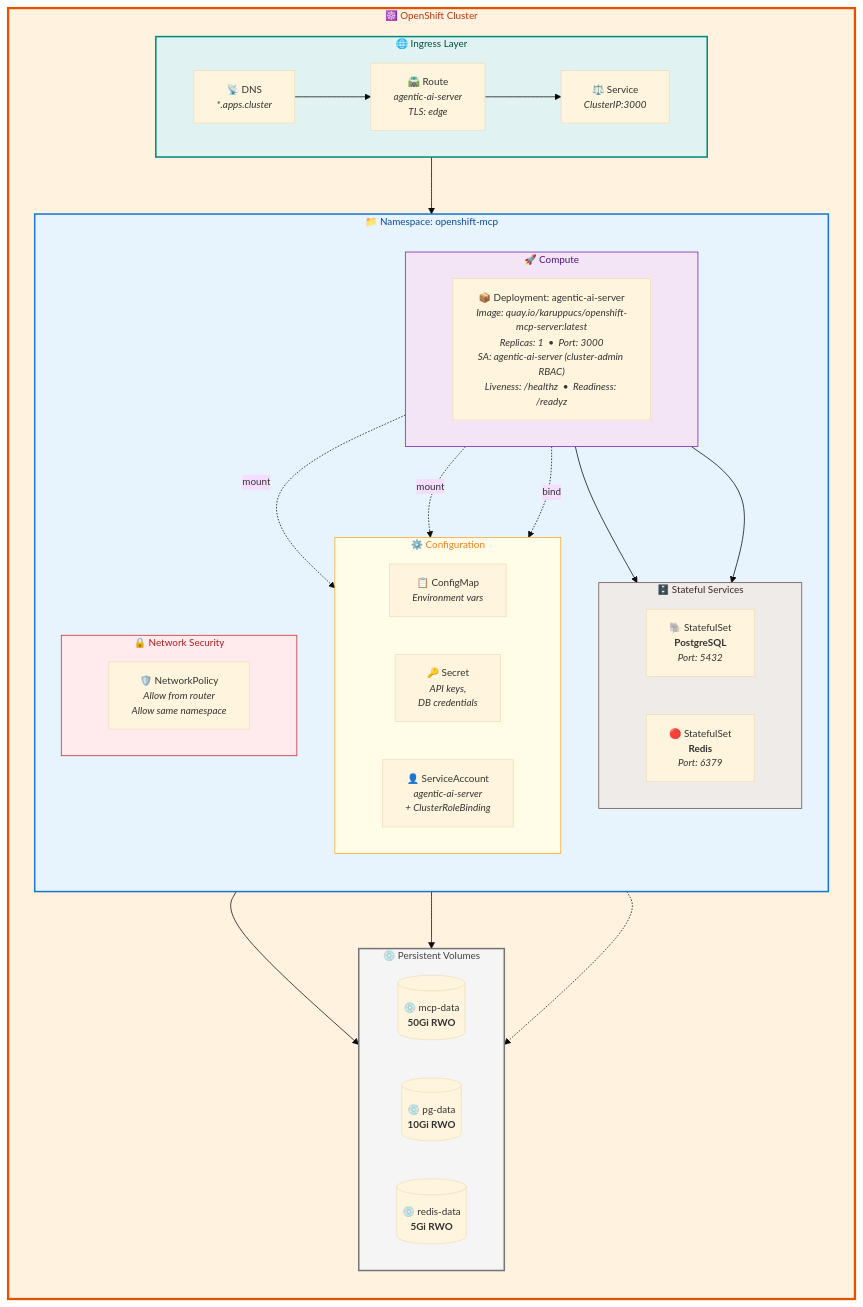
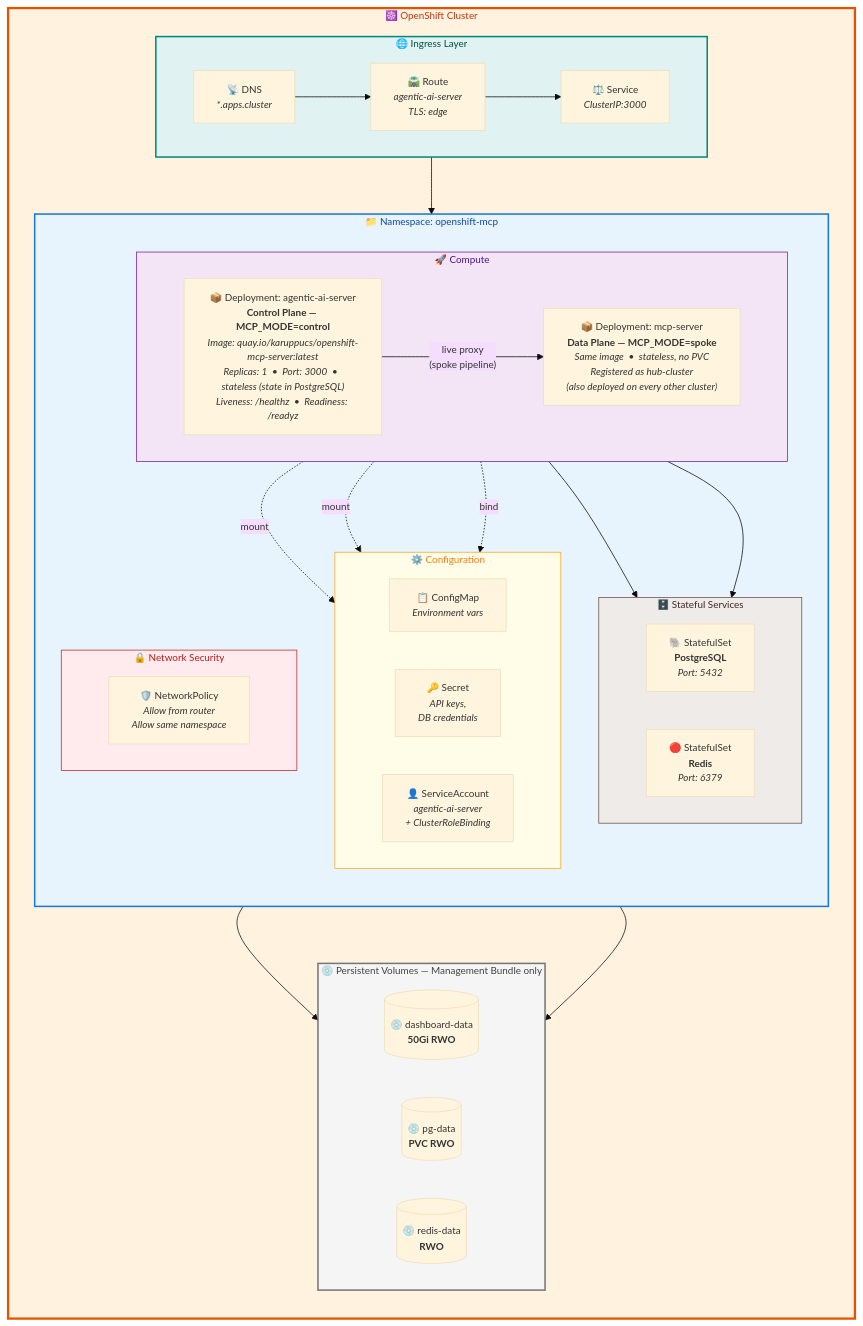
One commit to cskaruppu/Openshift-mcp-server changed the third of 4 diagrams in docs/architecture.md. Above: the diagram before and after it, drawn with Mermaid. The commit also changed other lines of this file and 1 other file, not shown here.

First line of the commit message:
docs: update README + architecture reference for two-plane stateless design

````diff
--- a/docs/architecture.md
+++ b/docs/architecture.md
@@ -168,68 +228,69 @@
 ```mermaid
 %%{init: {'theme': 'base', 'themeVariables': { 'fontSize': '13px' }}}%%
 
 flowchart TB
     subgraph OCPCLUSTER["☸️ OpenShift Cluster"]
         direction TB
 
         subgraph INGRESS["🌐 Ingress Layer"]
             direction LR
             DNS["📡 DNS<br/><i>*.apps.cluster</i>"]
             ROUTE["🛣️ Route<br/><i>agentic-ai-server</i><br/><i>TLS: edge</i>"]
             SVC["⚖️ Service<br/><i>ClusterIP:3000</i>"]
         end
 
         subgraph NAMESPACE["📁 Namespace: openshift-mcp"]
             direction TB
 
             subgraph COMPUTE["🚀 Compute"]
                 direction LR
-                DEP["📦 Deployment: agentic-ai-server<br/><i>Image: quay.io/karuppucs/openshift-mcp-server:latest</i><br/><i>Replicas: 1 &nbsp;•&nbsp; Port: 3000</i><br/><i>SA: agentic-ai-server (cluster-admin RBAC)</i><br/><i>Liveness: /healthz &nbsp;•&nbsp; Readiness: /readyz</i>"]
+                DEP["📦 Deployment: agentic-ai-server<br/><b>Control Plane — MCP_MODE=control</b><br/><i>Image: quay.io/karuppucs/openshift-mcp-server:latest</i><br/><i>Replicas: 1 &nbsp;•&nbsp; Port: 3000 &nbsp;•&nbsp; stateless (state in PostgreSQL)</i><br/><i>Liveness: /healthz &nbsp;•&nbsp; Readiness: /readyz</i>"]
+                MCPS["📦 Deployment: mcp-server<br/><b>Data Plane — MCP_MODE=spoke</b><br/><i>Same image &nbsp;•&nbsp; stateless, no PVC</i><br/><i>Registered as hub-cluster</i><br/><i>(also deployed on every other cluster)</i>"]
             end
 
             subgraph STATEFUL["🗄️ Stateful Services"]
                 direction LR
                 PG["🐘 StatefulSet<br/><b>PostgreSQL</b><br/><i>Port: 5432</i>"]
                 REDIS["🔴 StatefulSet<br/><b>Redis</b><br/><i>Port: 6379</i>"]
             end
 
             subgraph CONFIG["⚙️ Configuration"]
                 direction LR
                 CM["📋 ConfigMap<br/><i>Environment vars</i>"]
                 SEC["🔑 Secret<br/><i>API keys,</i><br/><i>DB credentials</i>"]
                 SA["👤 ServiceAccount<br/><i>agentic-ai-server</i><br/><i>+ ClusterRoleBinding</i>"]
             end
 
             subgraph NETPOL["🔒 Network Security"]
                 direction LR
                 NP["🛡️ NetworkPolicy<br/><i>Allow from router</i><br/><i>Allow same namespace</i>"]
             end
         end
 
-        subgraph VOLUMES["💿 Persistent Volumes"]
+        subgraph VOLUMES["💿 Persistent Volumes — Management Bundle only"]
             direction LR
-            V1[("💿 mcp-data<br/><b>50Gi RWO</b>")]
-            V2[("💿 pg-data<br/><b>10Gi RWO</b>")]
-            V3[("💿 redis-data<br/><b>5Gi RWO</b>")]
+            V1[("💿 dashboard-data<br/><b>50Gi RWO</b>")]
+            V2[("💿 pg-data<br/><b>PVC RWO</b>")]
+            V3[("💿 redis-data<br/><b>RWO</b>")]
         end
     end
 
     DNS --> ROUTE --> SVC --> DEP
     DEP --> PG
     DEP --> REDIS
+    DEP -->|"live proxy<br/>(spoke pipeline)"| MCPS
     DEP -.->|mount| CM
     DEP -.->|mount| SEC
     DEP -.->|bind| SA
     PG --> V2
     REDIS --> V3
-    DEP -.-> V1
 
     style OCPCLUSTER fill:#FFF3E0,stroke:#E65100,stroke-width:3px,color:#BF360C
     style INGRESS fill:#E0F2F1,stroke:#00897B,stroke-width:2px,color:#004D40
     style NAMESPACE fill:#E8F4FD,stroke:#1976D2,stroke-width:2px,color:#0D47A1
     style COMPUTE fill:#F3E5F5,stroke:#7B1FA2,stroke-width:1px,color:#4A148C
     style STATEFUL fill:#EFEBE9,stroke:#6D4C41,stroke-width:1px,color:#3E2723
     style CONFIG fill:#FFFDE7,stroke:#F9A825,stroke-width:1px,color:#F57F17
     style NETPOL fill:#FFEBEE,stroke:#C62828,stroke-width:1px,color:#B71C1C
     style VOLUMES fill:#F5F5F5,stroke:#757575,stroke-width:2px,color:#424242
 ```
````
